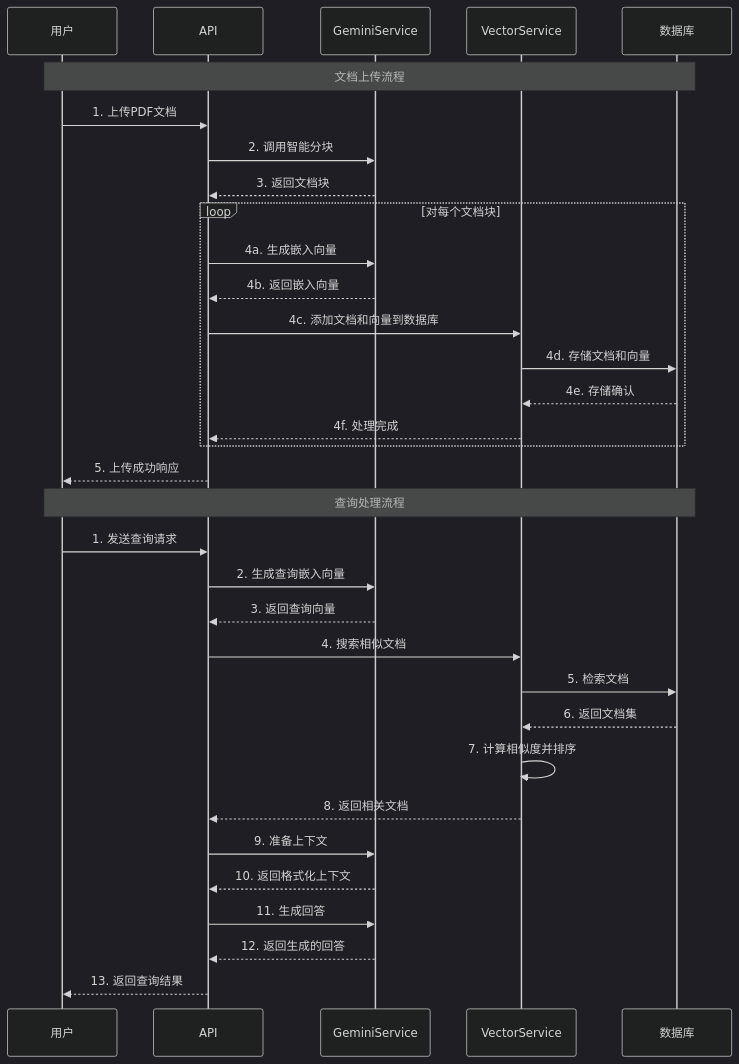
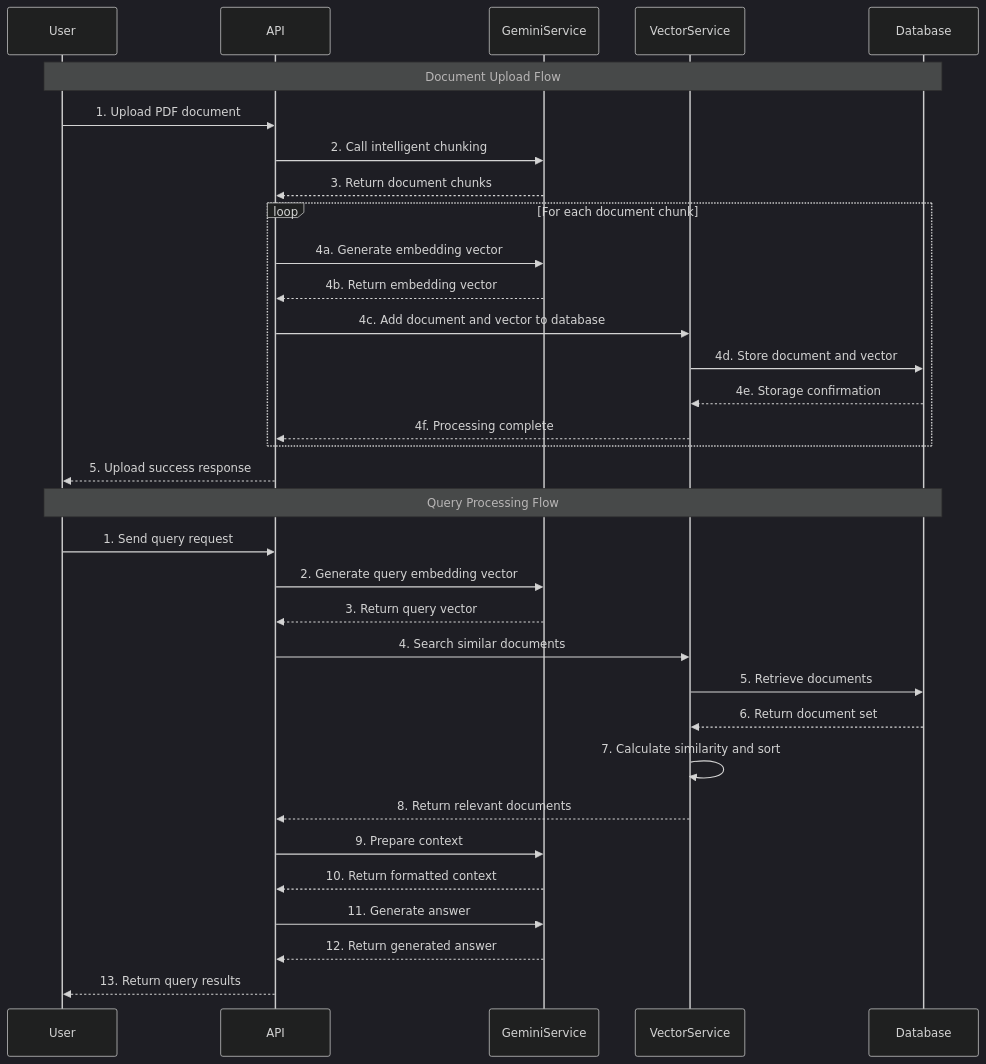
One commit to zking2000/gemini-vector-search changed the second of 10 diagrams in README.md. Above: the diagram before and after it, drawn with Mermaid (dark theme). The commit also changed other lines of this file and 13 other files, not shown here.

````diff
--- a/README.md
+++ b/README.md
@@ -97,43 +97,43 @@
 ```mermaid
 sequenceDiagram
-    participant Client as 用户
+    participant Client as User
     participant API
     participant GS as GeminiService
     participant VS as VectorService
-    participant DB as 数据库
+    participant DB as Database
     
-    %% 文档上传流程
-    Note over Client,DB: 文档上传流程
-    Client->>API: 1. 上传PDF文档
-    API->>GS: 2. 调用智能分块
-    GS-->>API: 3. 返回文档块
+    %% Document upload flow
+    Note over Client,DB: Document Upload Flow
+    Client->>API: 1. Upload PDF document
+    API->>GS: 2. Call intelligent chunking
+    GS-->>API: 3. Return document chunks
     
-    loop 对每个文档块
-        API->>GS: 4a. 生成嵌入向量
-        GS-->>API: 4b. 返回嵌入向量
-        API->>VS: 4c. 添加文档和向量到数据库
-        VS->>DB: 4d. 存储文档和向量
-        DB-->>VS: 4e. 存储确认
-        VS-->>API: 4f. 处理完成
+    loop For each document chunk
+        API->>GS: 4a. Generate embedding vector
+        GS-->>API: 4b. Return embedding vector
+        API->>VS: 4c. Add document and vector to database
+        VS->>DB: 4d. Store document and vector
+        DB-->>VS: 4e. Storage confirmation
+        VS-->>API: 4f. Processing complete
     end
     
-    API-->>Client: 5. 上传成功响应
+    API-->>Client: 5. Upload success response
     
-    %% 查询流程
-    Note over Client,DB: 查询处理流程
-    Client->>API: 1. 发送查询请求
-    API->>GS: 2. 生成查询嵌入向量
-    GS-->>API: 3. 返回查询向量
+    %% Query flow
+    Note over Client,DB: Query Processing Flow
+    Client->>API: 1. Send query request
+    API->>GS: 2. Generate query embedding vector
+    GS-->>API: 3. Return query vector
     
-    API->>VS: 4. 搜索相似文档
-    VS->>DB: 5. 检索文档
-    DB-->>VS: 6. 返回文档集
-    VS->>VS: 7. 计算相似度并排序
-    VS-->>API: 8. 返回相关文档
+    API->>VS: 4. Search similar documents
+    VS->>DB: 5. Retrieve documents
+    DB-->>VS: 6. Return document set
+    VS->>VS: 7. Calculate similarity and sort
+    VS-->>API: 8. Return relevant documents
     
-    API->>GS: 9. 准备上下文
-    GS-->>API: 10. 返回格式化上下文
-    API->>GS: 11. 生成回答
-    GS-->>API: 12. 返回生成的回答
-    API-->>Client: 13. 返回查询结果
+    API->>GS: 9. Prepare context
+    GS-->>API: 10. Return formatted context
+    API->>GS: 11. Generate answer
+    GS-->>API: 12. Return generated answer
+    API-->>Client: 13. Return query results
 ```
````
